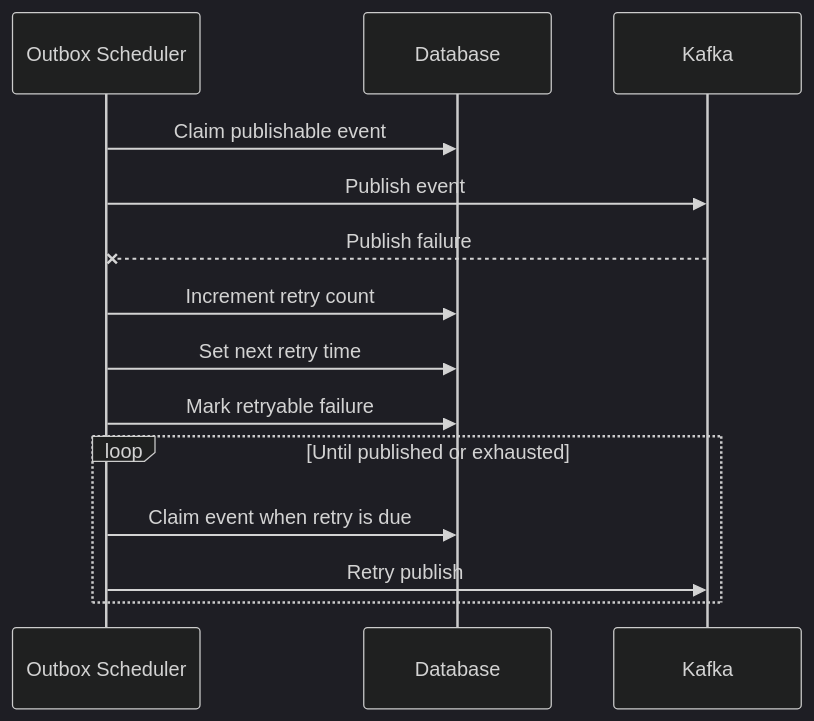
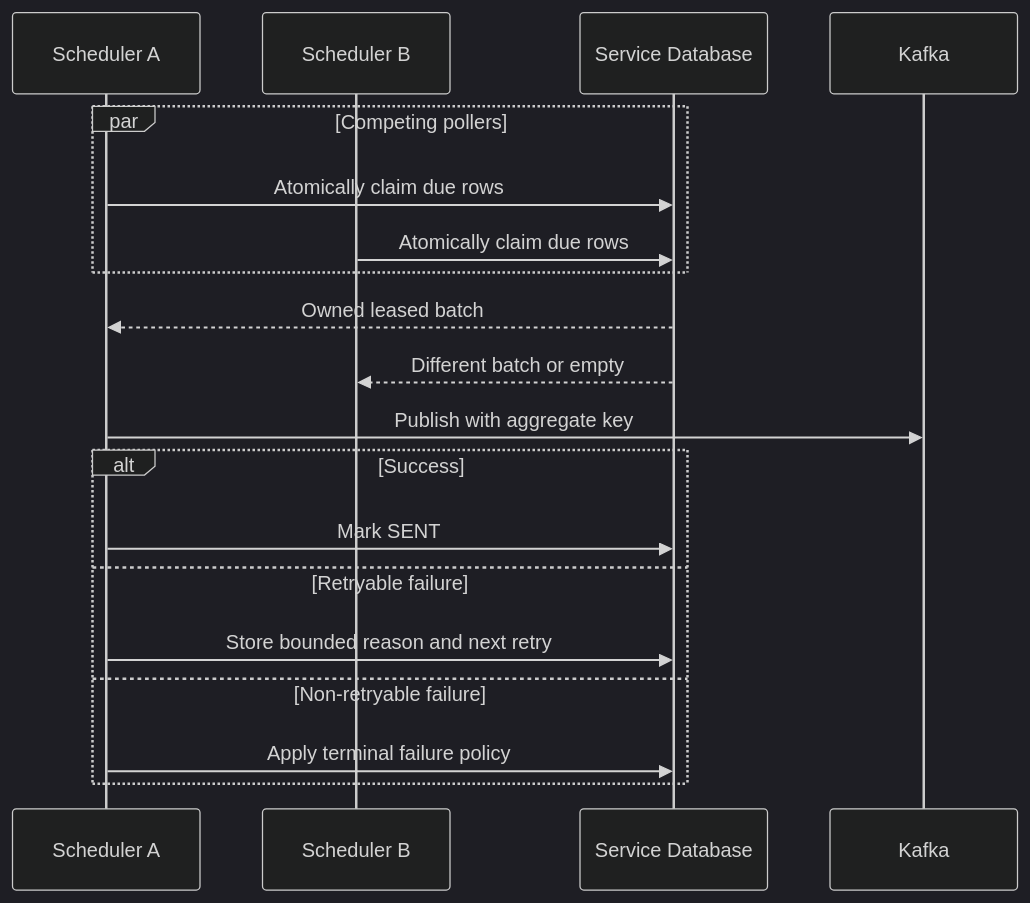
The eighth of 15 diagrams in docs/13_SEQUENCE_DIAGRAMS.md (HuyKunNe/cinema-system), drawn with Mermaid (dark theme) before and after one commit. The commit also changed other lines of this file and 17 other files, not shown here.

````diff
--- a/docs/13_SEQUENCE_DIAGRAMS.md
+++ b/docs/13_SEQUENCE_DIAGRAMS.md
@@ -160,19 +233,23 @@
 ```mermaid
 sequenceDiagram
-    participant Scheduler as Outbox Scheduler
-    participant Database
+    participant SchedulerA as Scheduler A
+    participant SchedulerB as Scheduler B
+    participant DB as Service Database
     participant Kafka
 
-    Scheduler->>Database: Claim publishable event
-    Scheduler->>Kafka: Publish event
-    Kafka--xScheduler: Publish failure
+    par Competing pollers
+        SchedulerA->>DB: Atomically claim due rows
+        SchedulerB->>DB: Atomically claim due rows
+    end
+    DB-->>SchedulerA: Owned leased batch
+    DB-->>SchedulerB: Different batch or empty
+    SchedulerA->>Kafka: Publish with aggregate key
 
-    Scheduler->>Database: Increment retry count
-    Scheduler->>Database: Set next retry time
-    Scheduler->>Database: Mark retryable failure
-
-    loop Until published or exhausted
-        Scheduler->>Database: Claim event when retry is due
-        Scheduler->>Kafka: Retry publish
+    alt Success
+        SchedulerA->>DB: Mark SENT
+    else Retryable failure
+        SchedulerA->>DB: Store bounded reason and next retry
+    else Non-retryable failure
+        SchedulerA->>DB: Apply terminal failure policy
     end
 ```
````
